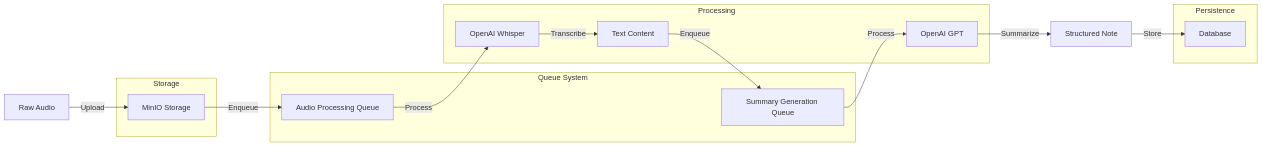
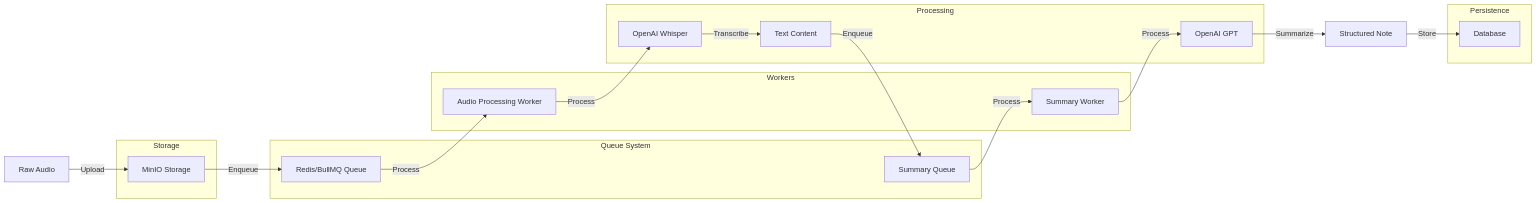
The fourth of 4 diagrams in architecture.md (fbsis/aiScribe), drawn with Mermaid before and after one commit. The commit also changed other lines of this file, not shown here.

First line of the commit message:
feat: enhance queue system integration

````diff
--- a/architecture.md
+++ b/architecture.md
@@ -79,30 +85,37 @@
 ```mermaid
 graph LR
     A[Raw Audio] -->|Upload| B[MinIO Storage]
-    B -->|Enqueue| C[Audio Processing Queue]
-    C -->|Process| D[OpenAI Whisper]
-    D -->|Transcribe| E[Text Content]
-    E -->|Enqueue| F[Summary Generation Queue]
-    F -->|Process| G[OpenAI GPT]
-    G -->|Summarize| H[Structured Note]
-    H -->|Store| I[Database]
+    B -->|Enqueue| C[Redis/BullMQ Queue]
+    C -->|Process| D[Audio Processing Worker]
+    D -->|Process| E[OpenAI Whisper]
+    E -->|Transcribe| F[Text Content]
+    F -->|Enqueue| G[Summary Queue]
+    G -->|Process| H[Summary Worker]
+    H -->|Process| I[OpenAI GPT]
+    I -->|Summarize| J[Structured Note]
+    J -->|Store| K[Database]
     
     subgraph Storage
         B
     end
     
     subgraph Queue System
         C
-        F
+        G
+    end
+    
+    subgraph Workers
+        D
+        H
     end
     
     subgraph Processing
-        D
         E
-        G
+        F
+        I
     end
     
     subgraph Persistence
-        I
+        K
     end
 ``` 
````
